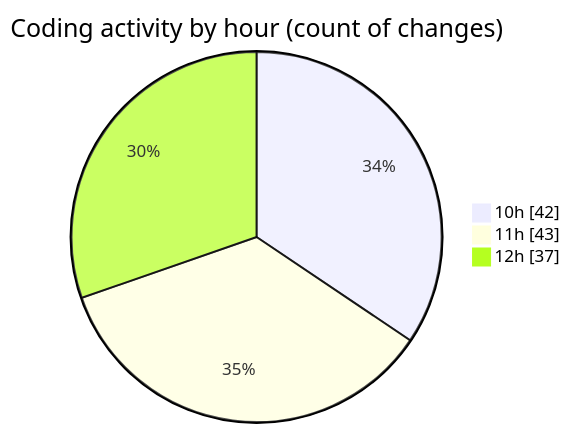
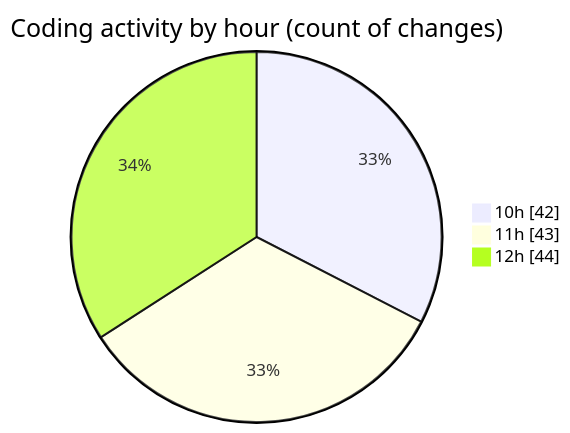
One commit to CELIANVF/code-tracking changed the second of 2 diagrams in 2025-05-15/ecodeli-1/README.md. Above: the diagram before and after it, drawn with Mermaid. The commit also changed other lines of this file and 1 other file, not shown here.

````diff
--- a/2025-05-15/ecodeli-1/README.md
+++ b/2025-05-15/ecodeli-1/README.md
@@ -66,7 +67,7 @@
 ```mermaid
 pie showData
 title Coding activity by hour (count of changes)
 "10h" : 42
 "11h" : 43
-"12h" : 37
+"12h" : 44
 ```
````
